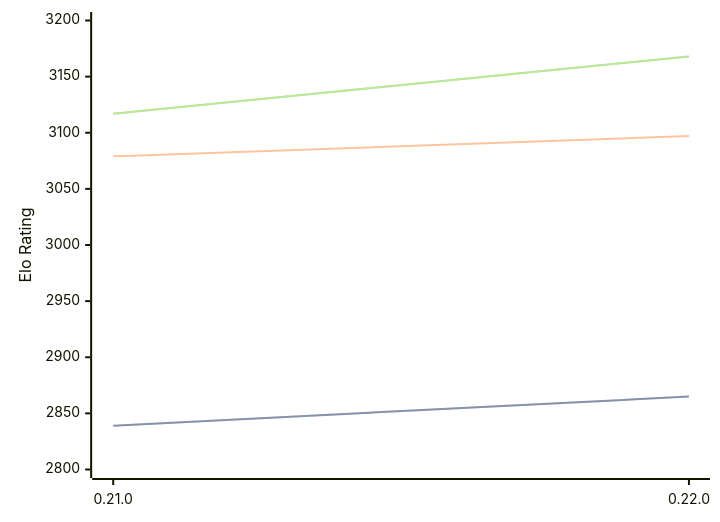
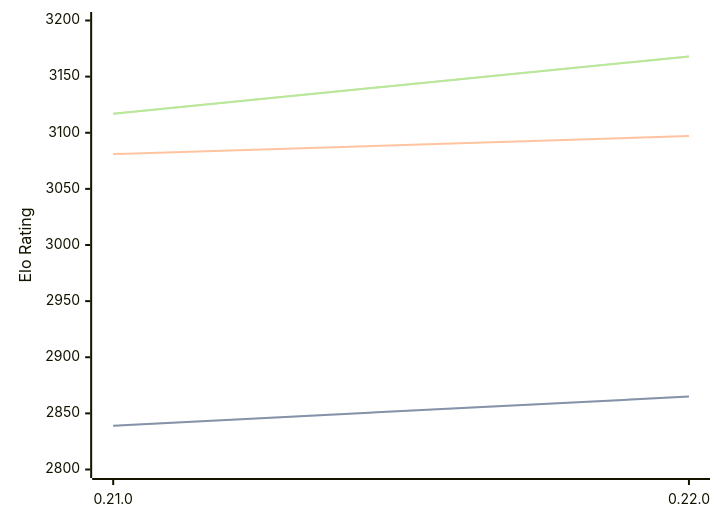
One commit to computer-chess-index/cci changed the diagram in engines/Princhess.md. Above: the diagram before and after it, drawn with Mermaid. The commit also changed other lines of this file, not shown here.

````diff
--- a/engines/Princhess.md
+++ b/engines/Princhess.md
@@ -32,11 +32,11 @@
 ```mermaid
 %%{init: {"theme":"base","themeVariables":{"seriesColors:['#a3a3a3','#222221','#faa371']}}}%%
 xychart-beta
   x-axis ["0.21.0", "0.22.0"]
   y-axis "Elo Rating" 2800 --> 3200
   line "" [2839, 2865]
   line "STC (8.0+0.08s)" [2839, 2865]
-  line "LTC (60.0+0.60s)" [3079, 3097]
+  line "LTC (60.0+0.60s)" [3081, 3097]
   line "" [3117, 3168]
   line "VLTC (2m24s+1.12s)" [3117, 3168]
 ```
````
